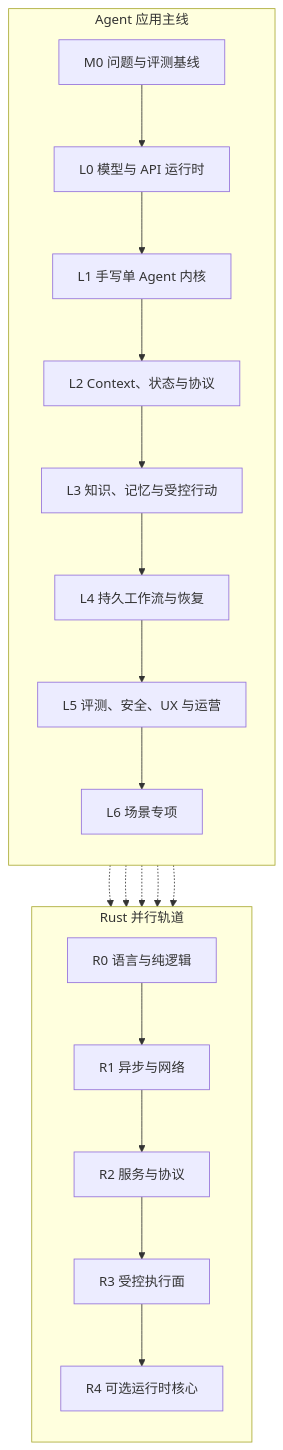
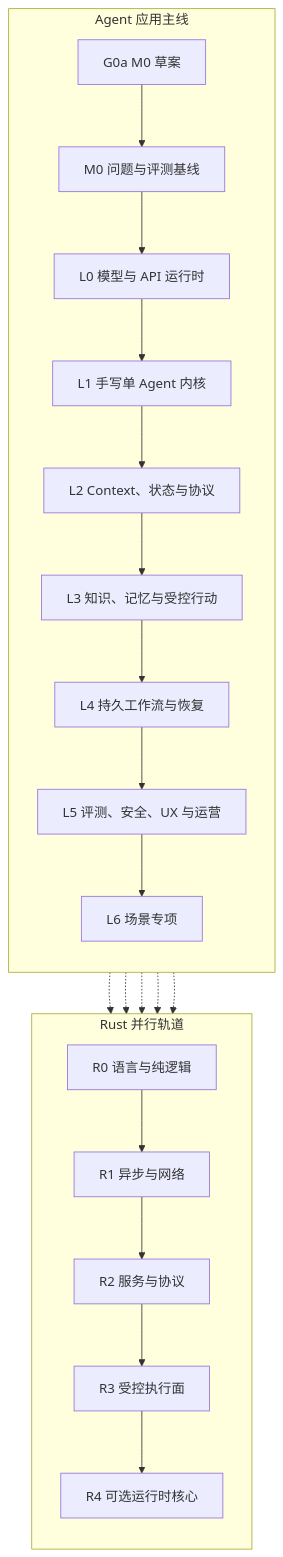
The diagram in site/00-导读/05-从学习到转型的完整路线.md (whatthehan/masterpiece-static-docs), drawn with Mermaid before and after one commit. The commit also changed other lines of this file and 95 other files, not shown here.

````diff
--- a/site/00-导读/05-从学习到转型的完整路线.md
+++ b/site/00-导读/05-从学习到转型的完整路线.md
@@ -9,27 +9,28 @@
 ```mermaid
 flowchart TD
     subgraph MAIN["Agent 应用主线"]
         direction TB
-        M0["M0 问题与评测基线"] --> L0["L0 模型与 API 运行时"]
+        G0A["G0a M0 草案"] --> M0["M0 问题与评测基线"]
+        M0 --> L0["L0 模型与 API 运行时"]
         L0 --> L1["L1 手写单 Agent 内核"]
         L1 --> L2["L2 Context、状态与协议"]
         L2 --> L3["L3 知识、记忆与受控行动"]
         L3 --> L4["L4 持久工作流与恢复"]
         L4 --> L5["L5 评测、安全、UX 与运营"]
         L5 --> L6["L6 场景专项"]
     end
 
     subgraph RUST["Rust 并行轨道"]
         direction TB
         R0["R0 语言与纯逻辑"] --> R1["R1 异步与网络"]
         R1 --> R2["R2 服务与协议"]
         R2 --> R3["R3 受控执行面"]
         R3 --> R4["R4 可选运行时核心"]
     end
 
     L0 -.-> R0
     L1 -.-> R1
     L2 -.-> R2
     L3 -.-> R3
     L6 -.-> R4
 ```
````
